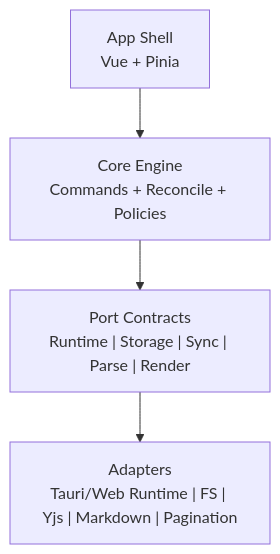
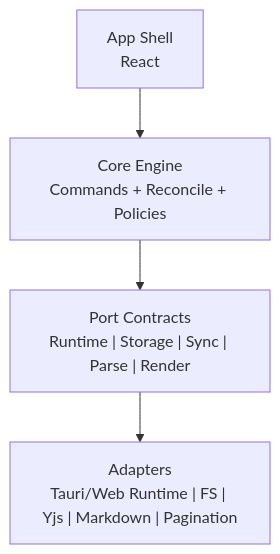
The first of 2 diagrams in docs/architecture.md (Kea-MD/Kea), drawn with Mermaid before and after one commit. The commit also changed other lines of this file and 149 other files, not shown here.

First line of the commit message:
feat(migration): make React the default shell

````diff
--- a/docs/architecture.md
+++ b/docs/architecture.md
@@ -28,6 +34,6 @@
 ```mermaid
 graph TB
-    Shell["App Shell<br/>Vue + Pinia"] --> Core["Core Engine<br/>Commands + Reconcile + Policies"]
+    Shell["App Shell<br/>React"] --> Core["Core Engine<br/>Commands + Reconcile + Policies"]
     Core --> Ports["Port Contracts<br/>Runtime | Storage | Sync | Parse | Render"]
     Ports --> Adapters["Adapters<br/>Tauri/Web Runtime | FS | Yjs | Markdown | Pagination"]
 ```
````
